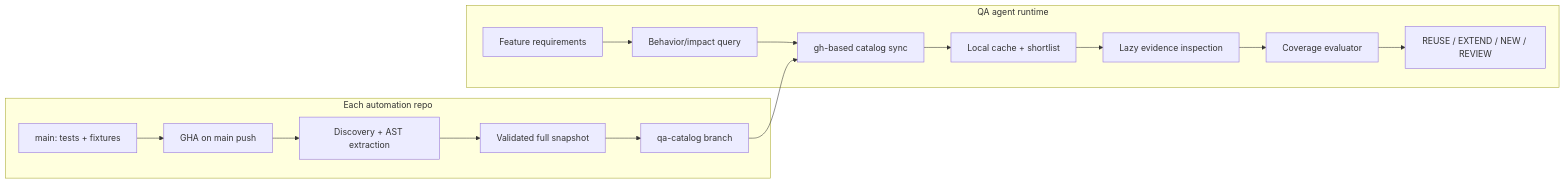
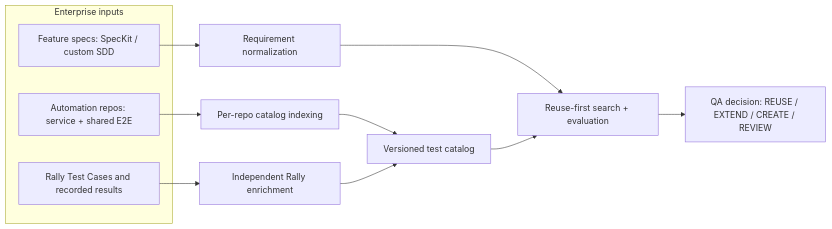
Before and after one commit to ghostlives/qa-catalog-indexing-architecture: the diagram in README.md, drawn with Mermaid. The commit also changed other lines of this file and 27 other files, not shown here.

Commit message:
docs: refocus repository on problem solution and reference architecture

````diff
--- a/README.md
+++ b/README.md
@@ -61,18 +30,16 @@
 ```mermaid
 flowchart LR
-  subgraph SOURCE["Each automation repo"]
-    A["main: tests + fixtures"] --> B["GHA on main push"]
-    B --> C["Discovery + AST extraction"]
-    C --> D["Validated full snapshot"]
-    D --> E["qa-catalog branch"]
+  subgraph Sources["Enterprise inputs"]
+    A["Automation repos: service + shared E2E"]
+    S["Feature specs: SpecKit / custom SDD"]
+    R["Rally Test Cases and recorded results"]
   end
-  subgraph QUERY["QA agent runtime"]
-    F["Feature requirements"] --> G["Behavior/impact query"]
-    G --> H["gh-based catalog sync"]
-    E --> H
-    H --> I["Local cache + shortlist"]
-    I --> J["Lazy evidence inspection"]
-    J --> K["Coverage evaluator"]
-    K --> L["REUSE / EXTEND / NEW / REVIEW"]
-  end
+  A --> I["Per-repo catalog indexing"]
+  I --> C["Versioned test catalog"]
+  R --> E["Independent Rally enrichment"]
+  E --> C
+  S --> N["Requirement normalization"]
+  N --> Q["Reuse-first search + evaluation"]
+  C --> Q
+  Q --> O["QA decision: REUSE / EXTEND / CREATE / REVIEW"]
 ```
````
